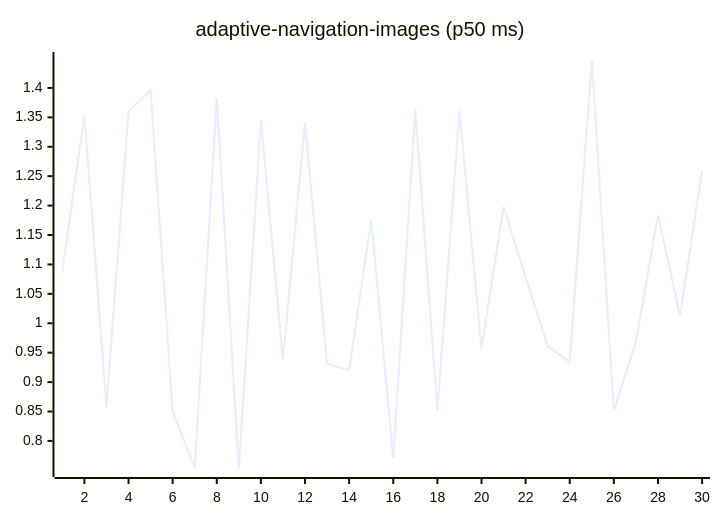
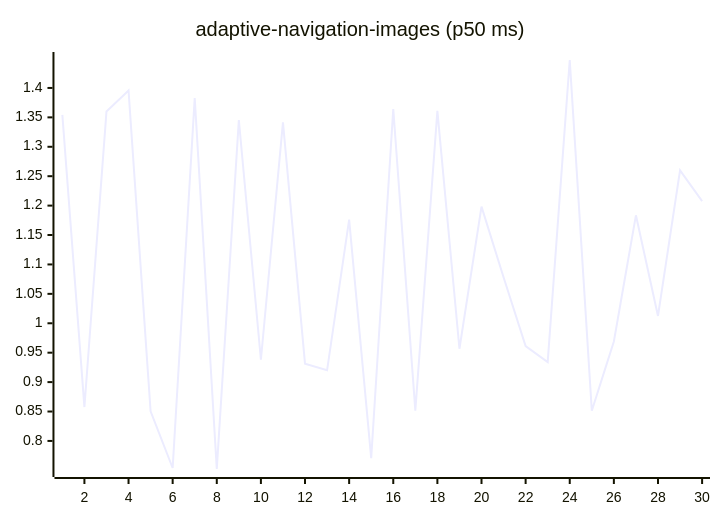
Before and after one commit to josha/Facet: the first of 27 diagrams in README.md, drawn with Mermaid. The commit also changed other lines of this file and 2 other files, not shown here.

````diff
--- a/README.md
+++ b/README.md
@@ -63,6 +63,6 @@
 ```mermaid
 xychart-beta
     title "adaptive-navigation-images (p50 ms)"
     x-axis 1 --> 30
-    line [1.0882, 1.3541, 0.8576, 1.3599, 1.3956, 0.8504, 0.7540, 1.3829, 0.7523, 1.3455, 0.9380, 1.3415, 0.9312, 0.9201, 1.1763, 0.7707, 1.3642, 0.8516, 1.3610, 0.9567, 1.1983, 1.0783, 0.9612, 0.9339, 1.4475, 0.8514, 0.9690, 1.1835, 1.0125, 1.2600]
+    line [1.3541, 0.8576, 1.3599, 1.3956, 0.8504, 0.7540, 1.3829, 0.7523, 1.3455, 0.9380, 1.3415, 0.9312, 0.9201, 1.1763, 0.7707, 1.3642, 0.8516, 1.3610, 0.9567, 1.1983, 1.0783, 0.9612, 0.9339, 1.4475, 0.8514, 0.9690, 1.1835, 1.0125, 1.2600, 1.2076]
 ```
````
